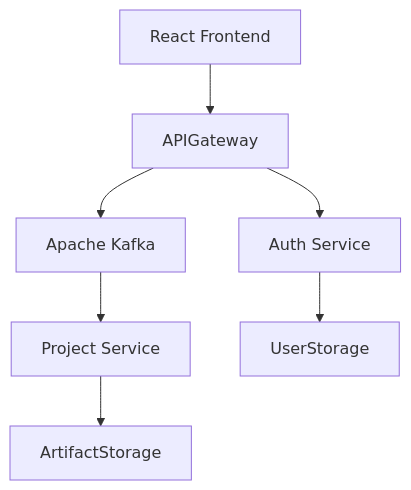
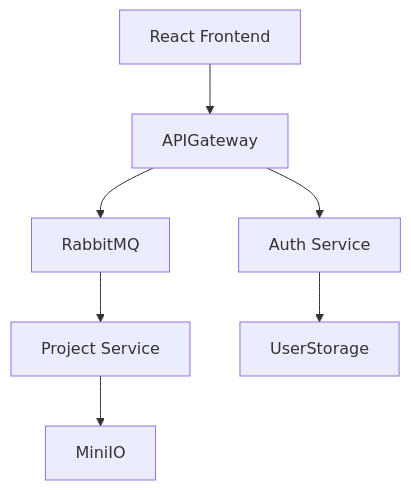
One commit to vnikolaenko-dev/JArch changed the diagram in README.md. Above: the diagram before and after it, drawn with Mermaid.

````diff
--- a/README.md
+++ b/README.md
@@ -59,14 +59,13 @@
 ```mermaid
 graph TD
   UI[React Frontend]
   API[Project Service]
   Auth[Auth Service]
-  Kafka[Apache Kafka]
 
   UI --> APIGateway
   APIGateway --> Auth
-  APIGateway --> Kafka
-  Kafka --> API
-  API --> ArtifactStorage
+  APIGateway --> RabbitMQ
+  RabbitMQ --> API
+  API --> MiniIO
   Auth --> UserStorage
 ```
````
